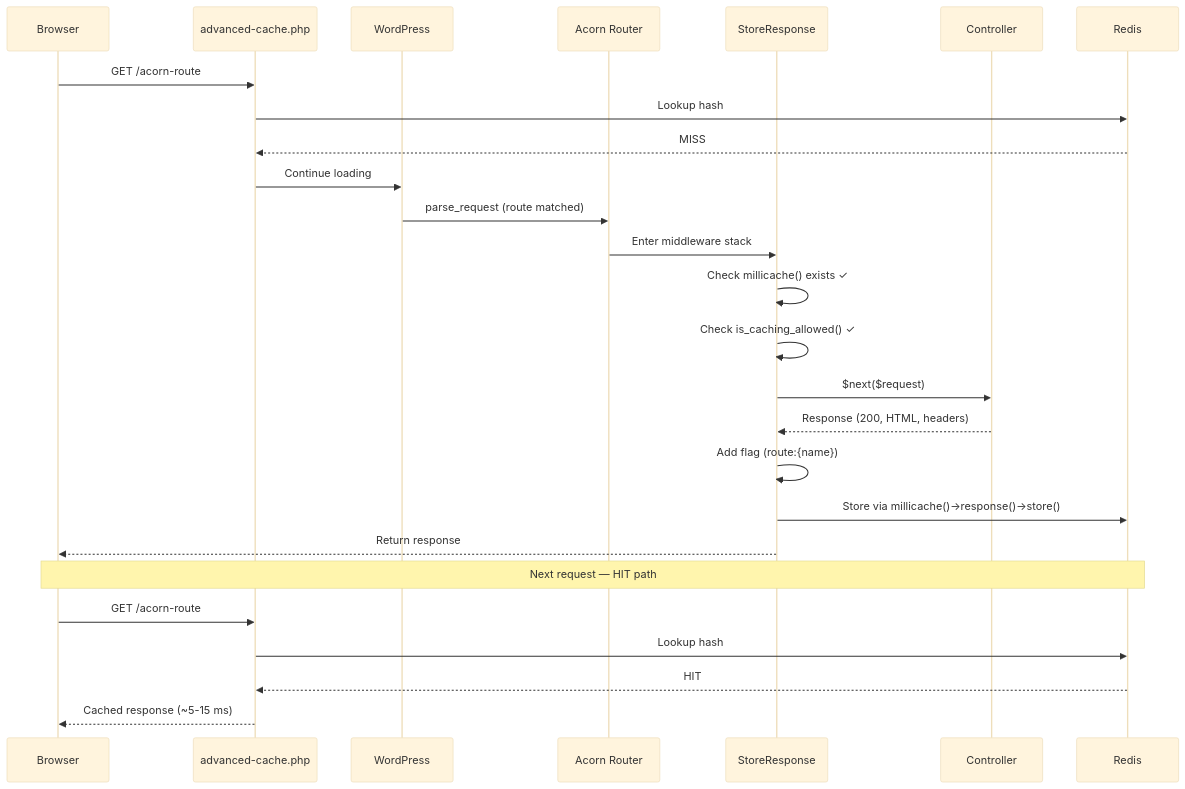
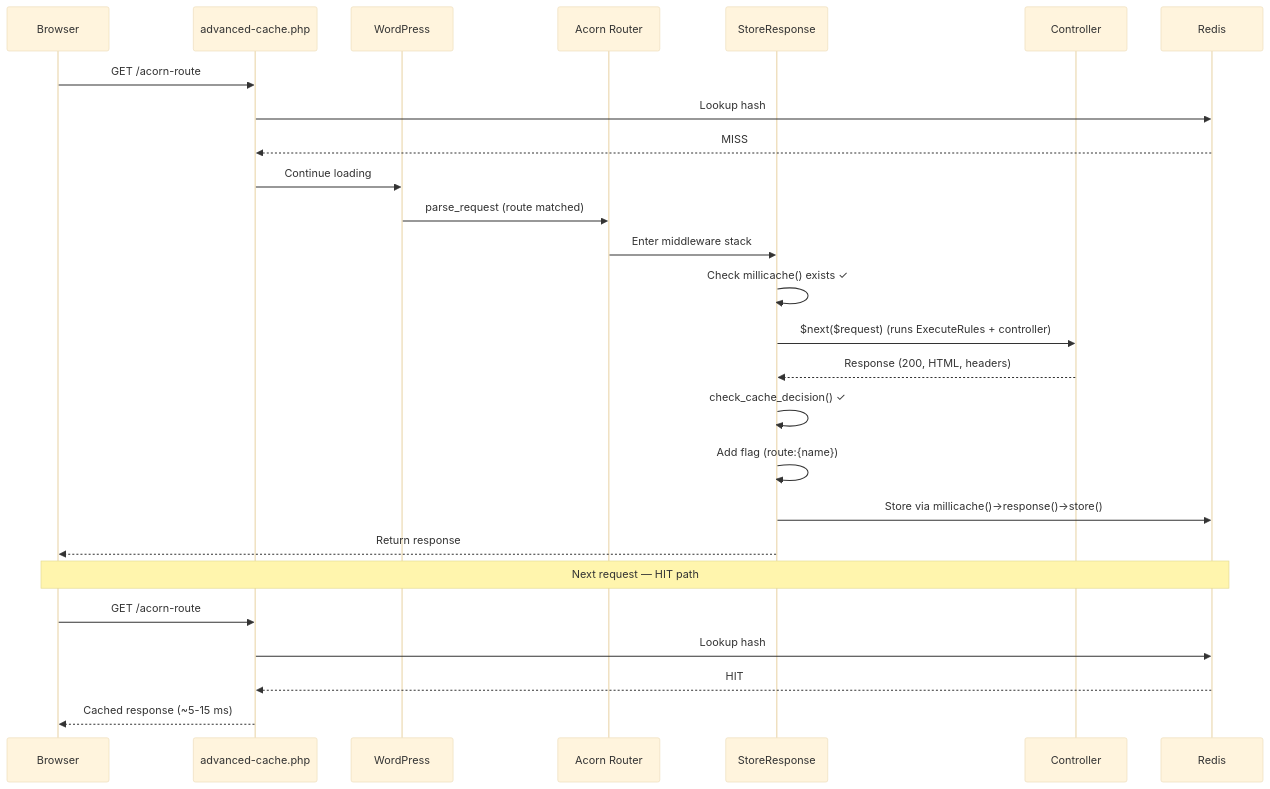
Before and after one commit to MilliPress/Acorn-MilliCache: the third of 3 diagrams in docs/03-how-it-works/01-how-it-works.md, drawn with Mermaid (base theme). The commit also changed other lines of this file and 5 other files, not shown here.

First line of the commit message:
feat: Use check_cache_decision() for post-next cache gating

````diff
--- a/docs/03-how-it-works/01-how-it-works.md
+++ b/docs/03-how-it-works/01-how-it-works.md
@@ -179,32 +178,32 @@
 ```mermaid
 sequenceDiagram
     participant Browser
     participant AdvancedCache as advanced-cache.php
     participant WordPress
     participant Acorn as Acorn Router
     participant Middleware as StoreResponse
     participant Controller
     participant Redis
 
     Browser->>AdvancedCache: GET /acorn-route
     AdvancedCache->>Redis: Lookup hash
     Redis-->>AdvancedCache: MISS
 
     AdvancedCache->>WordPress: Continue loading
     WordPress->>Acorn: parse_request (route matched)
     Acorn->>Middleware: Enter middleware stack
     Middleware->>Middleware: Check millicache() exists ✓
-    Middleware->>Middleware: Check is_caching_allowed() ✓
-    Middleware->>Controller: $next($request)
+    Middleware->>Controller: $next($request) (runs ExecuteRules + controller)
     Controller-->>Middleware: Response (200, HTML, headers)
+    Middleware->>Middleware: check_cache_decision() ✓
     Middleware->>Middleware: Add flag (route:{name})
     Middleware->>Redis: Store via millicache()->response()->store()
     Middleware-->>Browser: Return response
 
     Note over Browser,Redis: Next request — HIT path
 
     Browser->>AdvancedCache: GET /acorn-route
     AdvancedCache->>Redis: Lookup hash
     Redis-->>AdvancedCache: HIT
     AdvancedCache-->>Browser: Cached response (~5-15 ms)
 ```
````
